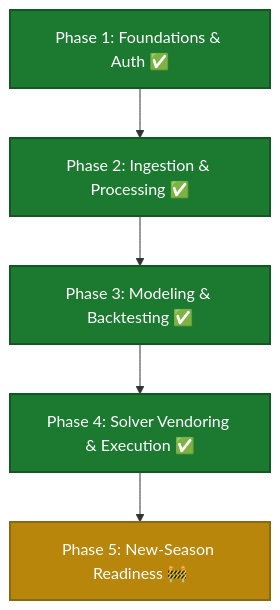
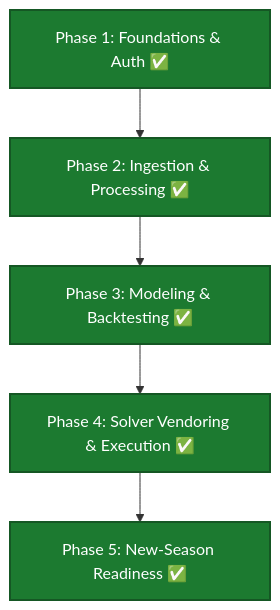
Before and after one commit to JubileeZ/fpl-jubilee-ascent: the diagram in ROADMAP.md, drawn with Mermaid. The commit also changed other lines of this file and 40 other files, not shown here.

````diff
--- a/ROADMAP.md
+++ b/ROADMAP.md
@@ -20,12 +20,12 @@
 ```mermaid
 flowchart TD
     P1["Phase 1: Foundations & Auth ✅"] --> P2["Phase 2: Ingestion & Processing ✅"]
     P2 --> P3["Phase 3: Modeling & Backtesting ✅"]
     P3 --> P4["Phase 4: Solver Vendoring & Execution ✅"]
-    P4 --> P5["Phase 5: New-Season Readiness 🚧"]
+    P4 --> P5["Phase 5: New-Season Readiness ✅"]
     style P1 fill:#1c7a30,stroke:#155724,stroke-width:2px,color:#fff
     style P2 fill:#1c7a30,stroke:#155724,stroke-width:2px,color:#fff
     style P3 fill:#1c7a30,stroke:#155724,stroke-width:2px,color:#fff
     style P4 fill:#1c7a30,stroke:#155724,stroke-width:2px,color:#fff
-    style P5 fill:#b8860b,stroke:#8b6914,stroke-width:2px,color:#fff
+    style P5 fill:#1c7a30,stroke:#155724,stroke-width:2px,color:#fff
 ```
````
